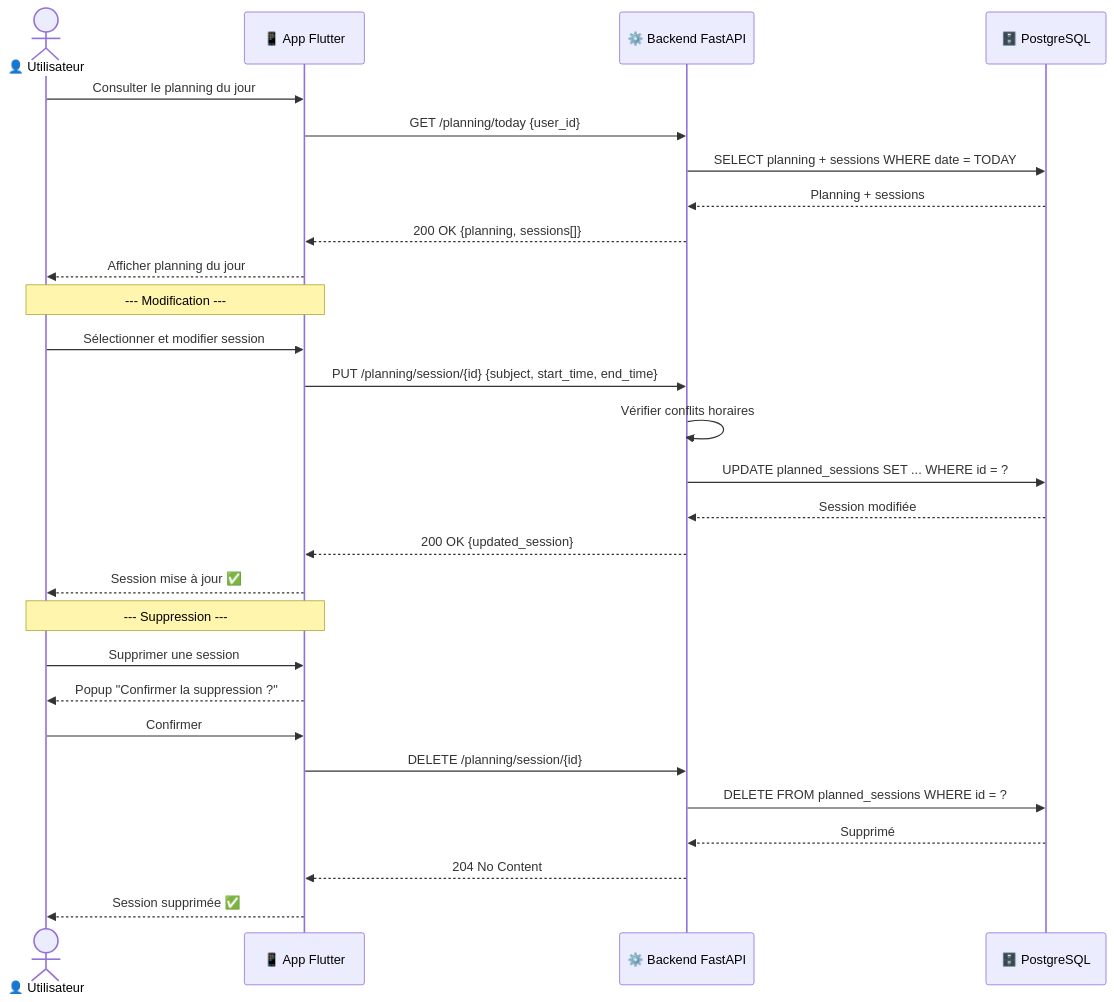
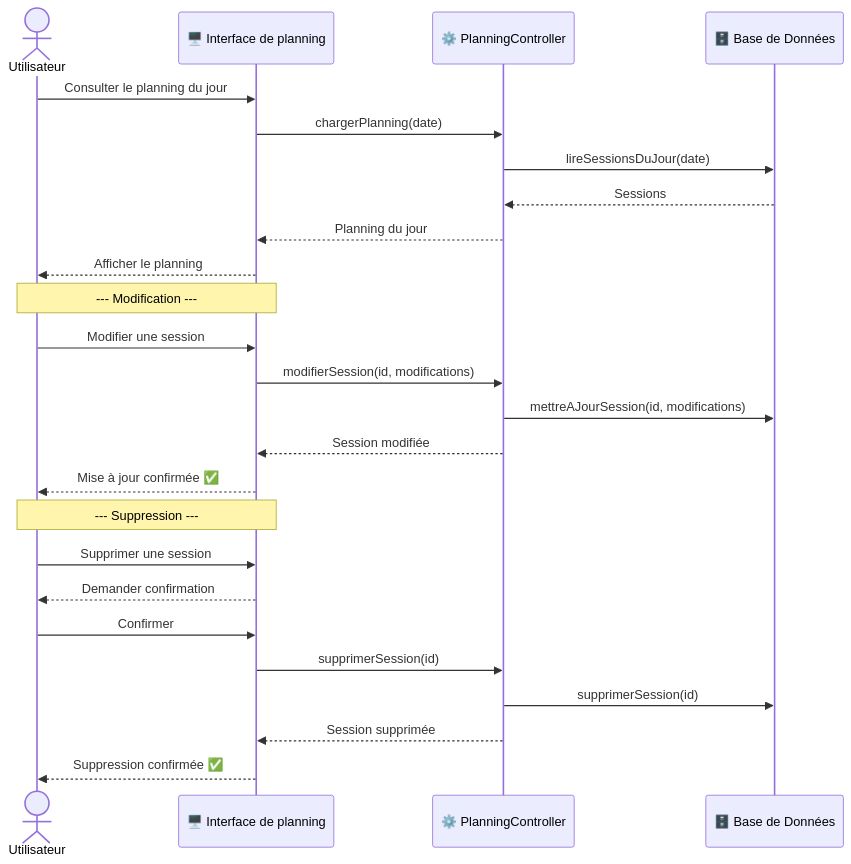
The seventh of 16 diagrams in docs/Conception_DiagrammeSequence.md (Jkacem/smart_focus), drawn with Mermaid before and after one commit. The commit also changed other lines of this file and 93 other files, not shown here.

````diff
--- a/docs/Conception_DiagrammeSequence.md
+++ b/docs/Conception_DiagrammeSequence.md
@@ -245,35 +221,32 @@
 ```mermaid
 sequenceDiagram
-    actor User as 👤 Utilisateur
-    participant App as 📱 App Flutter
-    participant API as ⚙️ Backend FastAPI
-    participant DB as 🗄️ PostgreSQL
+    actor Utilisateur
+    participant B as 🖥️ Interface de planning
+    participant C as ⚙️ PlanningController
+    participant E as 🗄️ Base de Données
 
-    User->>App: Consulter le planning du jour
-    App->>API: GET /planning/today {user_id}
-    API->>DB: SELECT planning + sessions WHERE date = TODAY
-    DB-->>API: Planning + sessions
-    API-->>App: 200 OK {planning, sessions[]}
-    App-->>User: Afficher planning du jour
+    Utilisateur->>B: Consulter le planning du jour
+    B->>C: chargerPlanning(date)
+    C->>E: lireSessionsDuJour(date)
+    E-->>C: Sessions
+    C-->>B: Planning du jour
+    B-->>Utilisateur: Afficher le planning
 
-    Note over User, App: --- Modification ---
-    
-    User->>App: Sélectionner et modifier session
-    App->>API: PUT /planning/session/{id} {subject, start_time, end_time}
-    API->>API: Vérifier conflits horaires
-    API->>DB: UPDATE planned_sessions SET ... WHERE id = ?
-    DB-->>API: Session modifiée
-    API-->>App: 200 OK {updated_session}
-    App-->>User: Session mise à jour ✅
+    Note over Utilisateur, B: --- Modification ---
 
-    Note over User, App: --- Suppression ---
+    Utilisateur->>B: Modifier une session
+    B->>C: modifierSession(id, modifications)
+    C->>E: mettreAJourSession(id, modifications)
+    C-->>B: Session modifiée
+    B-->>Utilisateur: Mise à jour confirmée ✅
 
-    User->>App: Supprimer une session
-    App-->>User: Popup "Confirmer la suppression ?"
-    User->>App: Confirmer
-    App->>API: DELETE /planning/session/{id}
-    API->>DB: DELETE FROM planned_sessions WHERE id = ?
-    DB-->>API: Supprimé
-    API-->>App: 204 No Content
-    App-->>User: Session supprimée ✅
+    Note over Utilisateur, B: --- Suppression ---
+
+    Utilisateur->>B: Supprimer une session
+    B-->>Utilisateur: Demander confirmation
+    Utilisateur->>B: Confirmer
+    B->>C: supprimerSession(id)
+    C->>E: supprimerSession(id)
+    C-->>B: Session supprimée
+    B-->>Utilisateur: Suppression confirmée ✅
 ```
````
